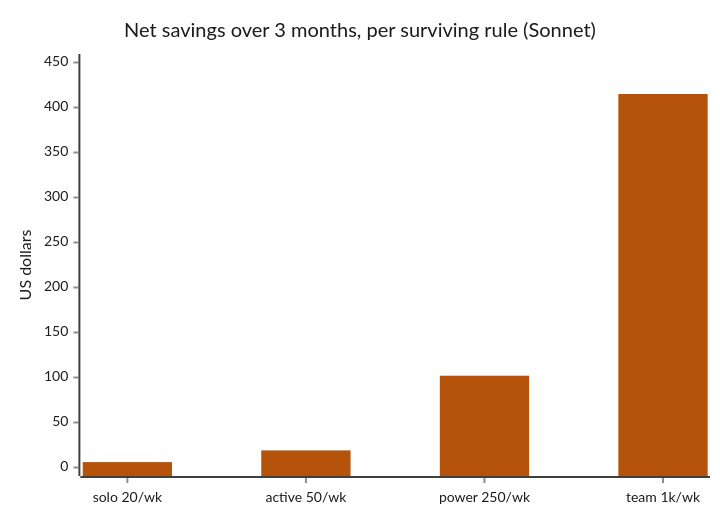
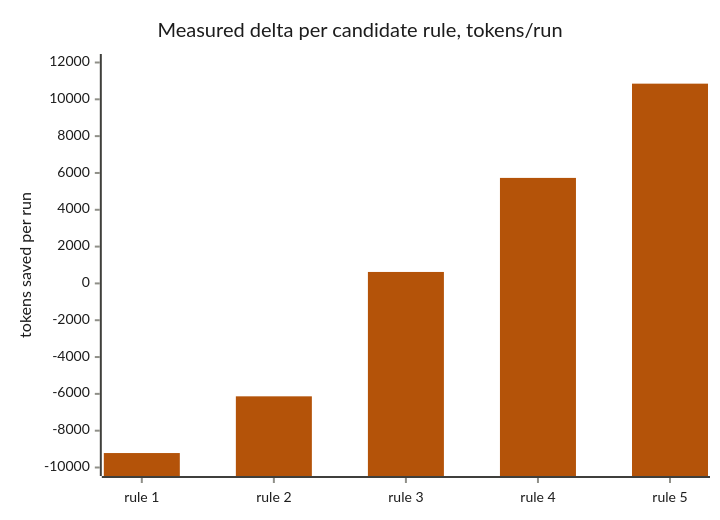
One commit to vukkt/token-warden changed the third of 3 diagrams in README.md. Above: the diagram before and after it, drawn with Mermaid. The commit also changed other lines of this file, not shown here.

````diff
--- a/README.md
+++ b/README.md
@@ -131,8 +105,8 @@
 ```mermaid
 %%{init: {"theme":"base","themeVariables":{"fontFamily":"ui-monospace, SFMono-Regular, Menlo, monospace","fontSize":"13px","xyChart":{"backgroundColor":"#ffffff","titleColor":"#1c1c1c","xAxisLabelColor":"#1c1c1c","xAxisTitleColor":"#1c1c1c","xAxisTickColor":"#8f8f88","xAxisLineColor":"#3f3f3c","yAxisLabelColor":"#1c1c1c","yAxisTitleColor":"#1c1c1c","yAxisTickColor":"#8f8f88","yAxisLineColor":"#3f3f3c","plotColorPalette":"#b45309"}}}}%%
 xychart-beta
-    title "Net savings over 3 months, per surviving rule (Sonnet)"
-    x-axis ["solo 20/wk", "active 50/wk", "power 250/wk", "team 1k/wk"]
-    y-axis "US dollars" 0 --> 450
-    bar [6, 19, 102, 415]
+    title "Measured delta per candidate rule, tokens/run"
+    x-axis ["rule 1", "rule 2", "rule 3", "rule 4", "rule 5"]
+    y-axis "tokens saved per run" -10000 --> 12000
+    bar [-9215, -6134, 622, 5731, 10851]
 ```
````
